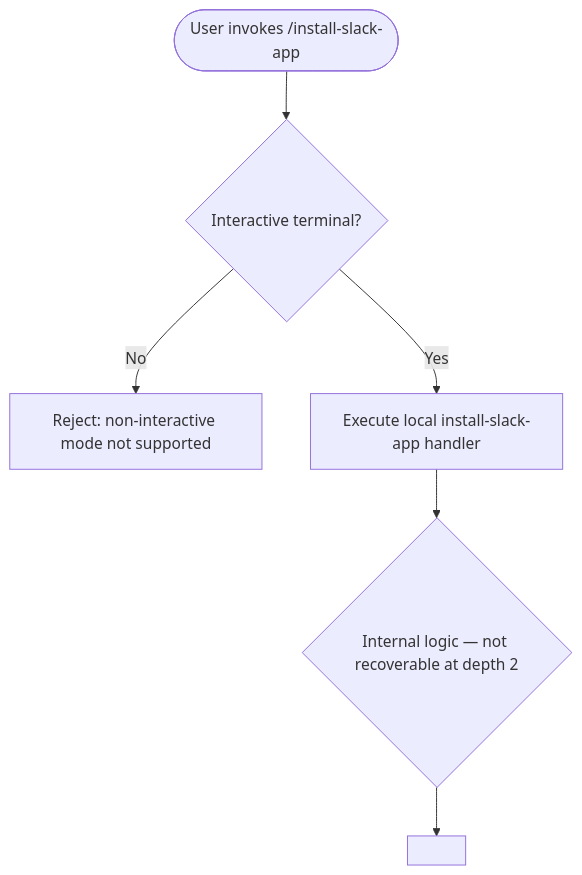
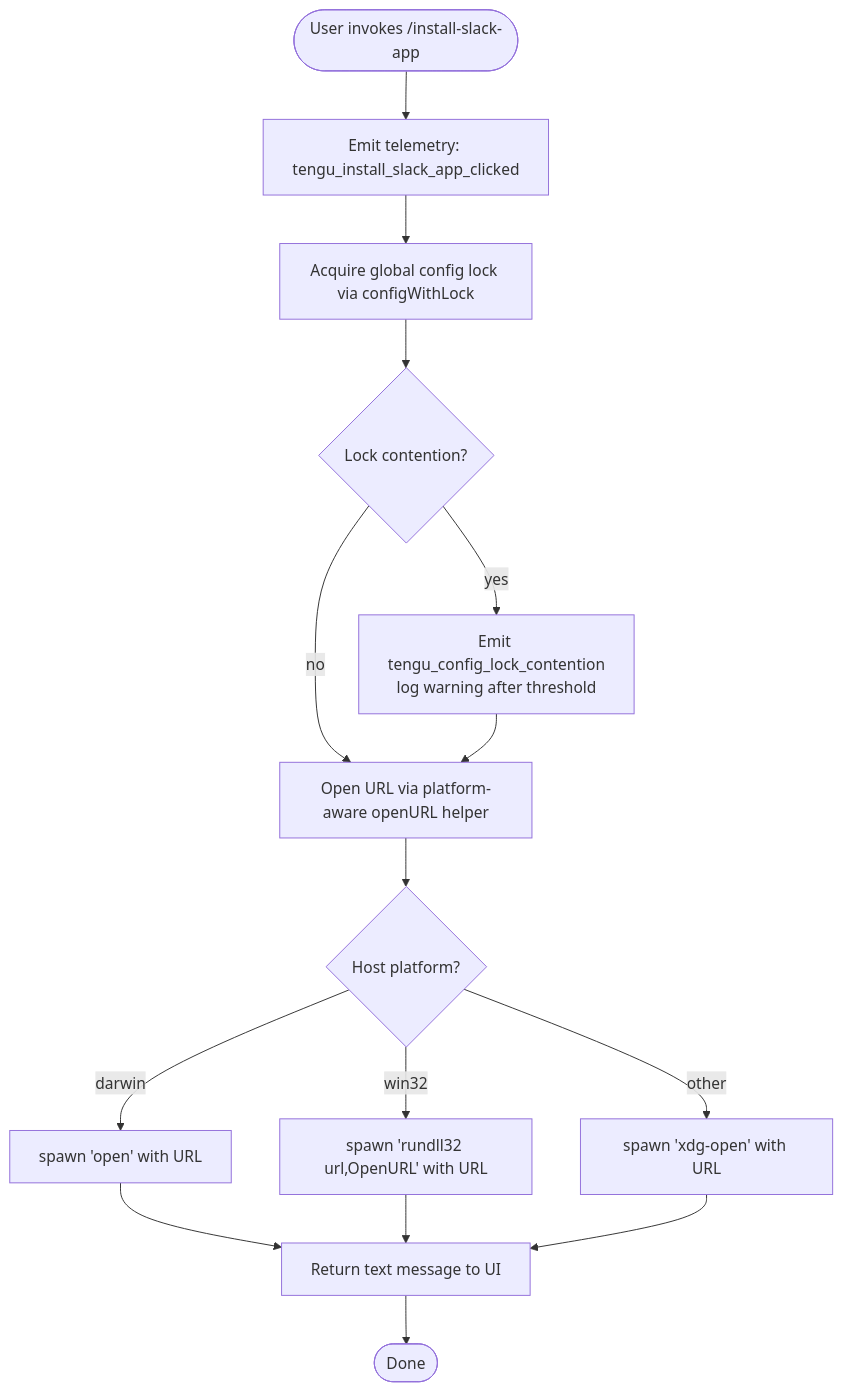
One commit to MyLittleLuckyDog/cc-gnothi changed the diagram in versions/v2.1.147/install-slack-app.md. Above: the diagram before and after it, drawn with Mermaid. The commit also changed other lines of this file and 496 other files, not shown here.

````diff
--- a/versions/v2.1.147/install-slack-app.md
+++ b/versions/v2.1.147/install-slack-app.md
@@ -54,8 +55,17 @@
 ```mermaid
 flowchart TD
-    A([User invokes /install-slack-app]) --> B{Interactive terminal?}
-    B -- No --> C[Reject: non-interactive mode not supported]
-    B -- Yes --> D[Execute local install-slack-app handler]
-    D --> E{Internal logic — not recoverable at depth 2}
-    E --> F[<!-- TODO: needs --depth 4 -->]
+    A([User invokes /install-slack-app]) --> B[Emit telemetry: tengu_install_slack_app_clicked]
+    B --> C[Acquire global config lock via configWithLock]
+    C --> D{Lock contention?}
+    D -- yes --> E[Emit tengu_config_lock_contention\nlog warning after threshold]
+    D -- no --> F[Open URL via platform-aware openURL helper]
+    E --> F
+    F --> G{Host platform?}
+    G -- darwin --> H["spawn 'open' with URL"]
+    G -- win32 --> I["spawn 'rundll32 url,OpenURL' with URL"]
+    G -- other --> J["spawn 'xdg-open' with URL"]
+    H --> K[Return text message to UI]
+    I --> K
+    J --> K
+    K --> L([Done])
 ```
````
